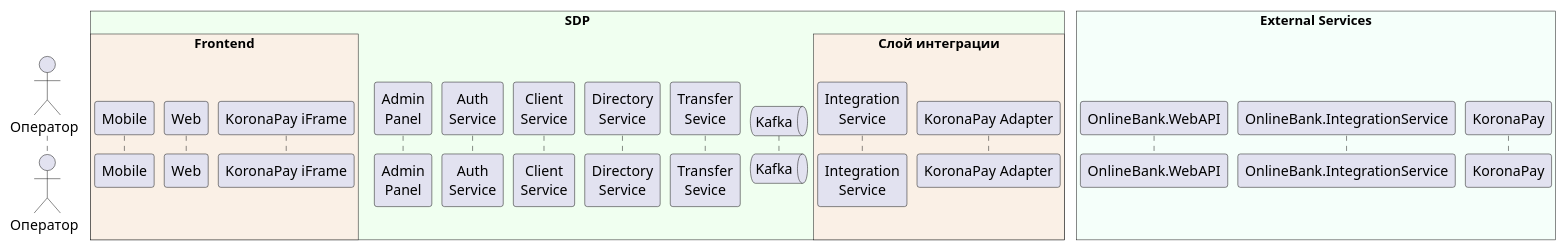
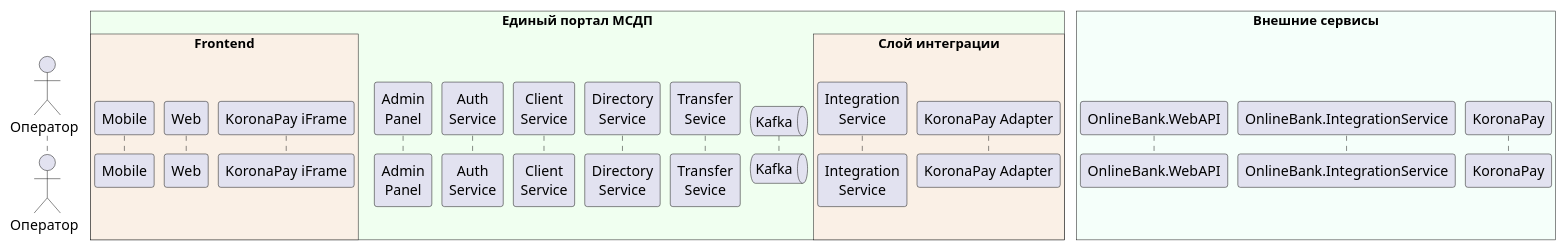
The diagram in sdp_participants.puml (MIBtester/plantuml-styles), drawn with PlantUML before and after one commit.

Commit message:
Rename boxes for clarity in diagram

```diff
--- a/sdp_participants.puml
+++ b/sdp_participants.puml
@@ -1,36 +1,36 @@
 @startuml
 !pragma teoz true
 
 actor Оператор as User order 10
 
-box "SDP" #HoneyDew
+box "Единый портал МСДП" #HoneyDew
 
         box "Frontend" #Linen
             participant "Mobile" as Mobile order 20
             participant "Web" as Web order 25
             participant "KoronaPay iFrame" as ZK order 30
         end box
 
     participant "Admin\nPanel" as Admin order 40
     participant "Auth\nService" as Auth order 50
     participant "Client\nService" as Client order 60
     participant "Directory\nService" as Directory order 70
     participant "Transfer\nSevice" as Core order 80
     queue "Kafka" as Kafka order 90
 
       box "Слой интеграции" #Linen
         participant "Integration\nService" as Integration order 100
         participant "KoronaPay Adapter" as ZKadapter order 101
       end box
 
 end box
 
-box "External Services" #MintCream
+box "Внешние сервисы" #MintCream
 
     participant "OnlineBank.WebAPI" as OBWA order 200
     participant "OnlineBank.IntegrationService" as OBIS order 210
     participant "KoronaPay" as korona order 220
 
 end box
 
 @enduml
```
